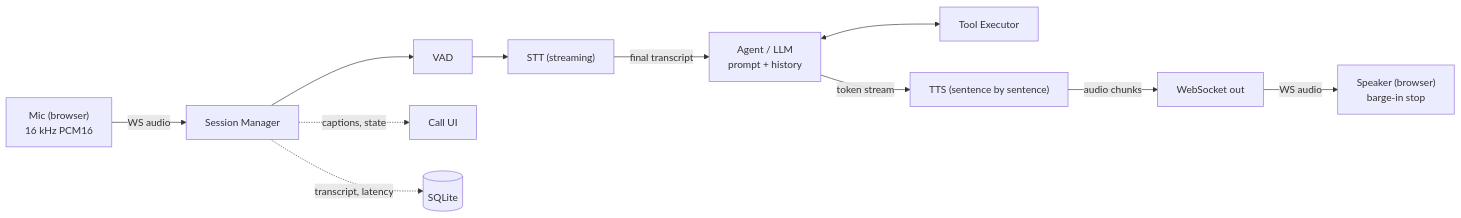
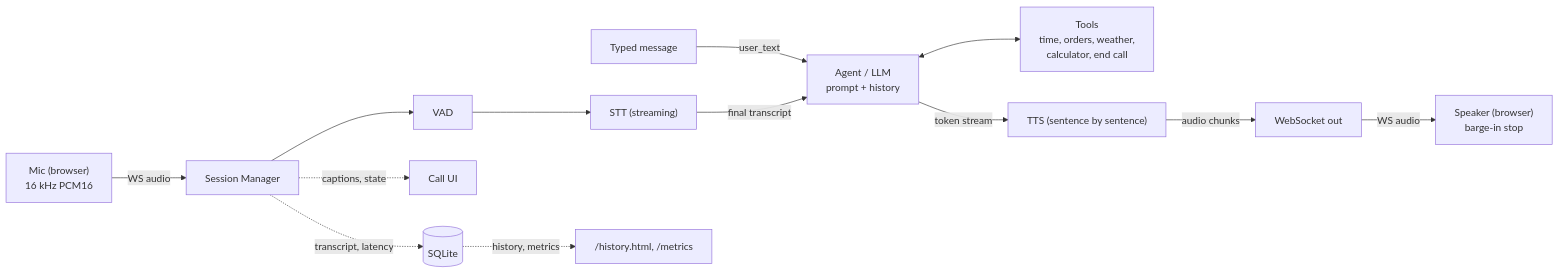
One commit to Anu27n/voice-agent-mvp changed the diagram in README.md. Above: the diagram before and after it, drawn with Mermaid. The commit also changed other lines of this file and 1 other file, not shown here.

````diff
--- a/README.md
+++ b/README.md
@@ -33,10 +51,12 @@
 ```mermaid
 flowchart LR
   MIC["Mic (browser)<br/>16 kHz PCM16"] -- "WS audio" --> SM["Session Manager"] --> VAD["VAD"] --> STT["STT (streaming)"]
+  TXT["Typed message"] -- "user_text" --> LLM
   STT -- "final transcript" --> LLM["Agent / LLM<br/>prompt + history"]
-  LLM <--> TOOLS["Tool Executor"]
+  LLM <--> TOOLS["Tools<br/>time, orders, weather,<br/>calculator, end call"]
   LLM -- "token stream" --> TTS["TTS (sentence by sentence)"]
   TTS -- "audio chunks" --> OUT["WebSocket out"] -- "WS audio" --> SPK["Speaker (browser)<br/>barge-in stop"]
   SM -. "captions, state" .-> UI["Call UI"]
   SM -. "transcript, latency" .-> DB[("SQLite")]
+  DB -. "history, metrics" .-> HIST["/history.html, /metrics"]
 ```
````
